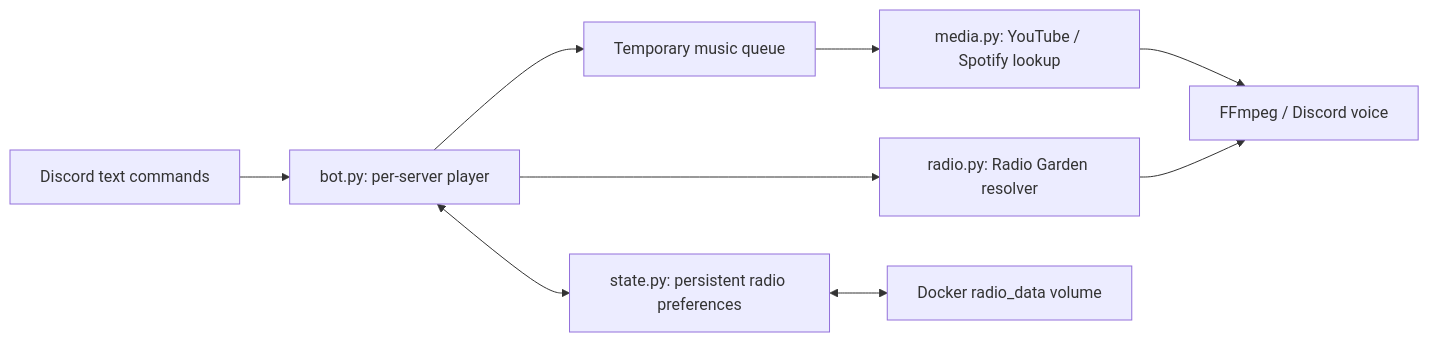
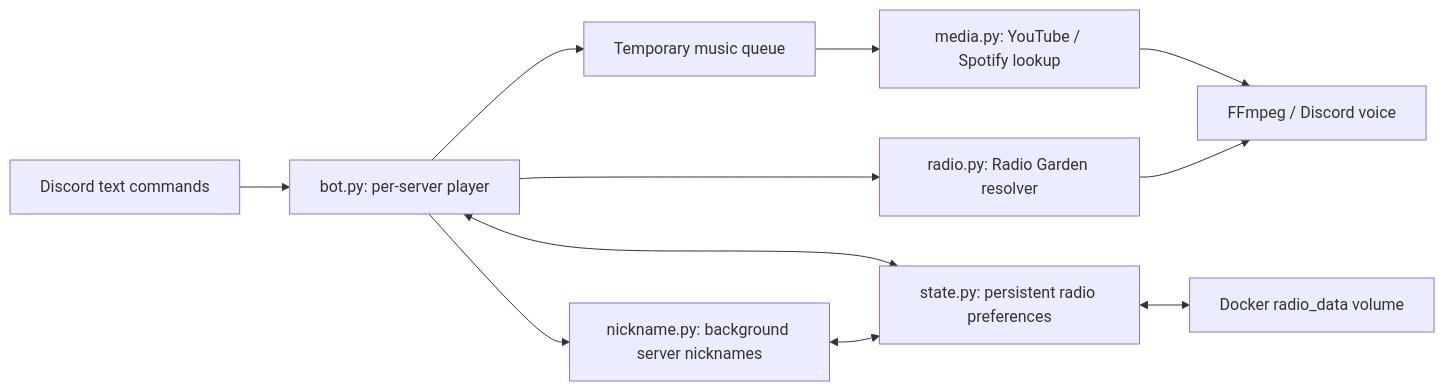
One commit to SantiBilli/discordbot changed the diagram in docs/architecture.md. Above: the diagram before and after it, drawn with Mermaid. The commit also changed other lines of this file and 12 other files, not shown here.

Commit message:
feat: show current playback in server nicknames

````diff
--- a/docs/architecture.md
+++ b/docs/architecture.md
@@ -7,11 +7,13 @@
 ```mermaid
 flowchart LR
     Commands[Discord text commands] --> Bot[bot.py: per-server player]
     Bot --> Queue[Temporary music queue]
     Queue --> Media[media.py: YouTube / Spotify lookup]
     Bot --> Radio[radio.py: Radio Garden resolver]
+    Bot --> Nickname[nickname.py: background server nicknames]
     Bot <--> State[state.py: persistent radio preferences]
+    Nickname <--> State
     Media --> Audio[FFmpeg / Discord voice]
     Radio --> Audio
     State <--> Volume[Docker radio_data volume]
 ```
````
